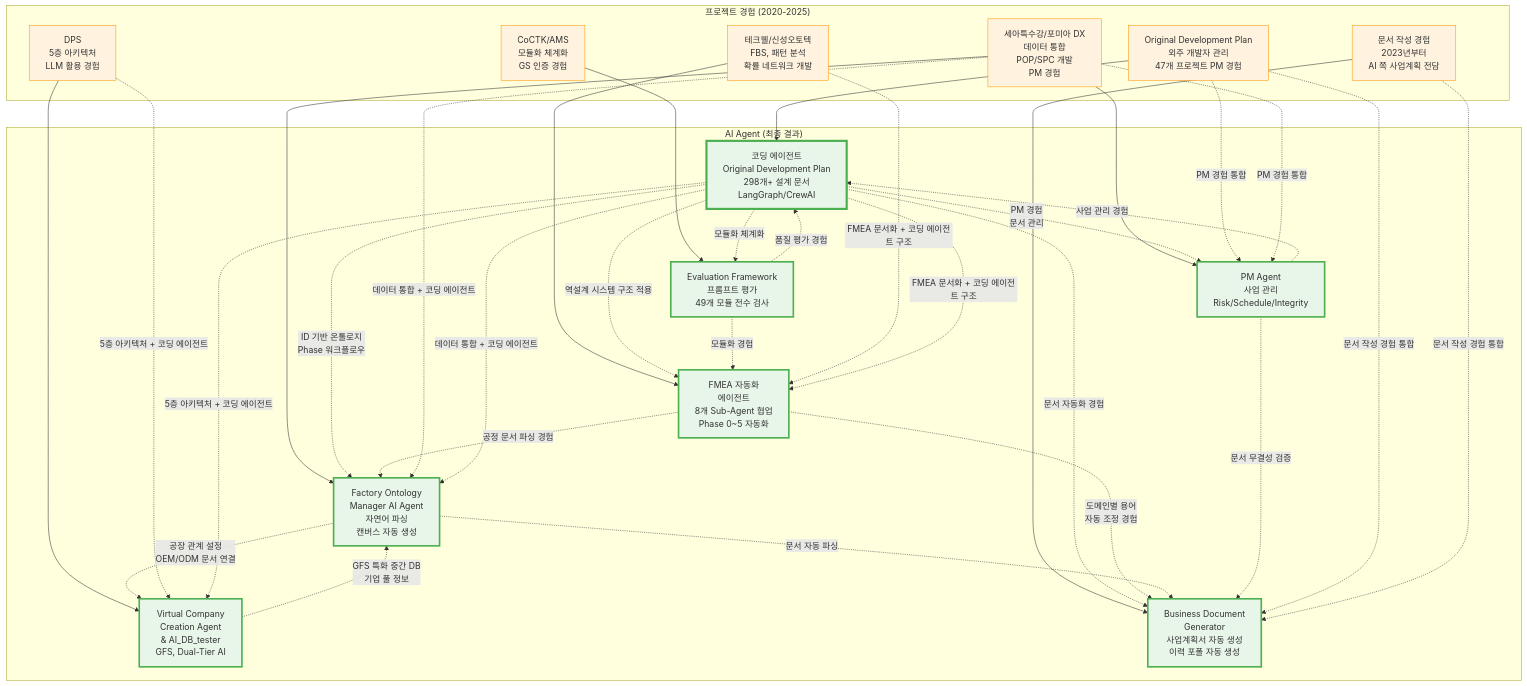
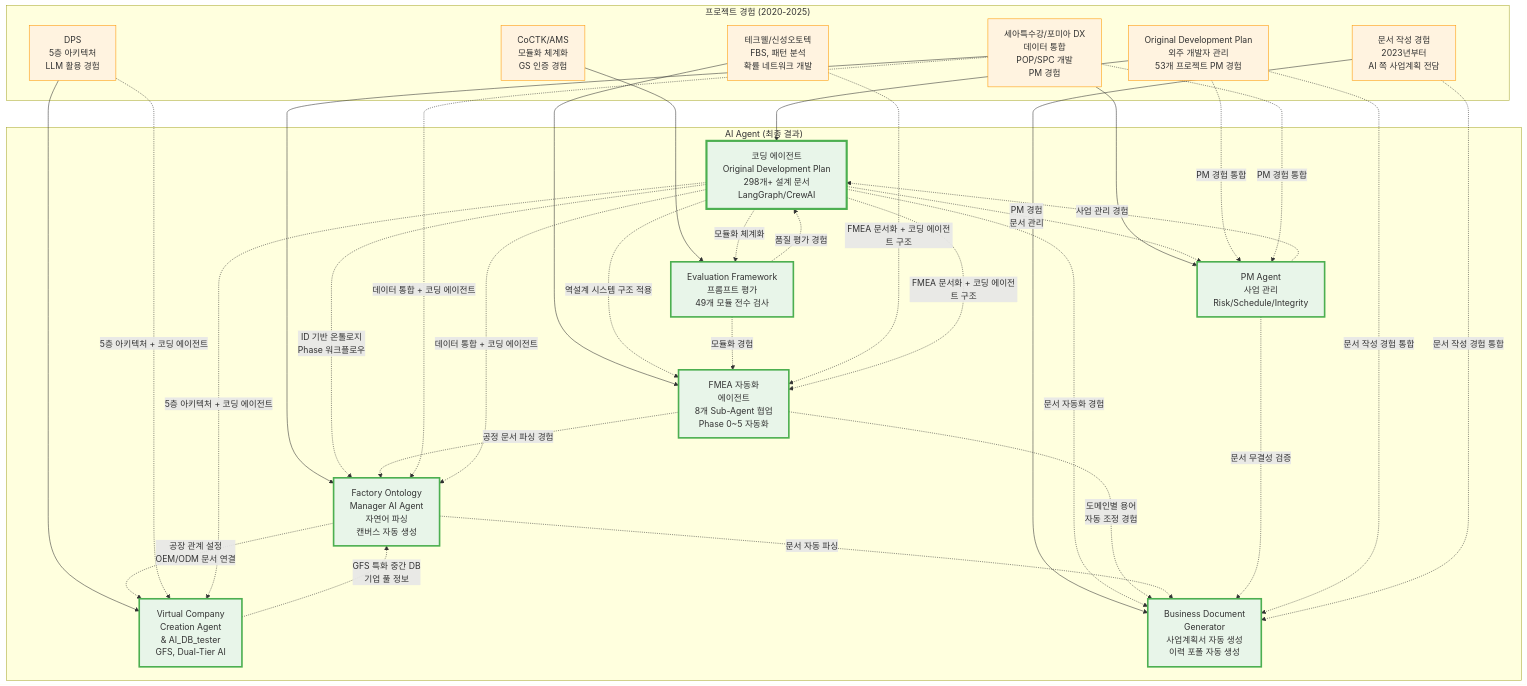
The third of 16 diagrams in portfolio/portfolio_docs/02_Projects_Overview.md (moobaek/Testing_AI_agents_for_public_use), drawn with Mermaid before and after one commit. The commit also changed other lines of this file and 38 other files, not shown here.

````diff
--- a/portfolio/portfolio_docs/02_Projects_Overview.md
+++ b/portfolio/portfolio_docs/02_Projects_Overview.md
@@ -194,77 +194,77 @@
 ```mermaid
 graph TB
     subgraph "프로젝트 경험 (2020-2025)"
-        Proj1["Original Development Plan<br/>외주 개발자 관리<br/>47개 프로젝트 PM 경험"]
+        Proj1["Original Development Plan<br/>외주 개발자 관리<br/>53개 프로젝트 PM 경험"]
         Proj2["테크웰/신성오토텍<br/>FBS, 패턴 분석<br/>확률 네트워크 개발"]
         Proj3["세아특수강/포미아 DX<br/>데이터 통합<br/>POP/SPC 개발<br/>PM 경험"]
         Proj4["DPS<br/>5층 아키텍처<br/>LLM 활용 경험"]
         Proj5["문서 작성 경험<br/>2023년부터<br/>AI 쪽 사업계획 전담"]
         Proj6["CoCTK/AMS<br/>모듈화 체계화<br/>GS 인증 경험"]
     end
     
     subgraph "AI Agent (최종 결과)"
         Agent1["코딩 에이전트<br/>Original Development Plan<br/>298개+ 설계 문서<br/>LangGraph/CrewAI"]
         Agent2["FMEA 자동화<br/>에이전트<br/>8개 Sub-Agent 협업<br/>Phase 0~5 자동화"]
         Agent3["Factory Ontology<br/>Manager AI Agent<br/>자연어 파싱<br/>캔버스 자동 생성"]
         Agent4["Virtual Company<br/>Creation Agent<br/>& AI_DB_tester<br/>GFS, Dual-Tier AI"]
         Agent5["Business Document<br/>Generator<br/>사업계획서 자동 생성<br/>이력 포폴 자동 생성"]
         Agent6["PM Agent<br/>사업 관리<br/>Risk/Schedule/Integrity"]
         Agent7["Evaluation Framework<br/>프롬프트 평가<br/>49개 모듈 전수 검사"]
     end
     
     %% 프로젝트 → AI Agent 직접 영향
     Proj1 --> Agent1
     Proj2 --> Agent2
     Proj3 --> Agent3
     Proj3 --> Agent6
     Proj4 --> Agent4
     Proj5 --> Agent5
     Proj6 --> Agent7
     
     %% 코딩 에이전트가 다른 AI Agent들에 영향 (핵심 기초)
     Agent1 -.->|"역설계 시스템 구조 적용"| Agent2
     Agent1 -.->|"ID 기반 온톨로지<br/>Phase 워크플로우"| Agent3
     Agent1 -.->|"PM 경험<br/>문서 관리"| Agent6
     Agent1 -.->|"문서 자동화 경험"| Agent5
     Agent1 -.->|"모듈화 체계화"| Agent7
     
     %% FMEA 자동화가 다른 Agent에 영향
     Agent2 -.->|"도메인별 용어<br/>자동 조정 경험"| Agent5
     Agent2 -.->|"공정 문서 파싱 경험"| Agent3
     
     %% Factory Ontology Manager가 다른 Agent에 영향
     Agent3 -.->|"공장 관계 설정<br/>OEM/ODM 문서 연결"| Agent4
     Agent3 -.->|"문서 자동 파싱"| Agent5
     
     %% Virtual Company Creation Agent가 다른 Agent에 영향
     Agent4 -.->|"GFS 특화 중간 DB<br/>기업 풀 정보"| Agent3
     
     %% PM Agent가 다른 Agent에 영향
     Agent6 -.->|"문서 무결성 검증"| Agent5
     Agent6 -.->|"사업 관리 경험"| Agent1
     
     %% Evaluation Framework가 다른 Agent에 영향
     Agent7 -.->|"품질 평가 경험"| Agent1
     Agent7 -.->|"모듈화 경험"| Agent2
     
     %% 여러 프로젝트가 하나의 Agent에 복합 영향
     Proj1 & Proj3 -.->|"PM 경험 통합"| Agent6
     Proj1 & Proj5 -.->|"문서 작성 경험 통합"| Agent5
     Proj2 & Agent1 -.->|"FMEA 문서화 + 코딩 에이전트 구조"| Agent2
     Proj3 & Agent1 -.->|"데이터 통합 + 코딩 에이전트"| Agent3
     Proj4 & Agent1 -.->|"5층 아키텍처 + 코딩 에이전트"| Agent4
     
     style Proj1 fill:#fff3e0,stroke:#ff9800
     style Proj2 fill:#fff3e0,stroke:#ff9800
     style Proj3 fill:#fff3e0,stroke:#ff9800
     style Proj4 fill:#fff3e0,stroke:#ff9800
     style Proj5 fill:#fff3e0,stroke:#ff9800
     style Proj6 fill:#fff3e0,stroke:#ff9800
     style Agent1 fill:#e8f5e9,stroke:#4caf50,stroke-width:4px
     style Agent2 fill:#e8f5e9,stroke:#4caf50,stroke-width:3px
     style Agent3 fill:#e8f5e9,stroke:#4caf50,stroke-width:3px
     style Agent4 fill:#e8f5e9,stroke:#4caf50,stroke-width:3px
     style Agent5 fill:#e8f5e9,stroke:#4caf50,stroke-width:3px
     style Agent6 fill:#e8f5e9,stroke:#4caf50,stroke-width:3px
     style Agent7 fill:#e8f5e9,stroke:#4caf50,stroke-width:3px
 ```
````
